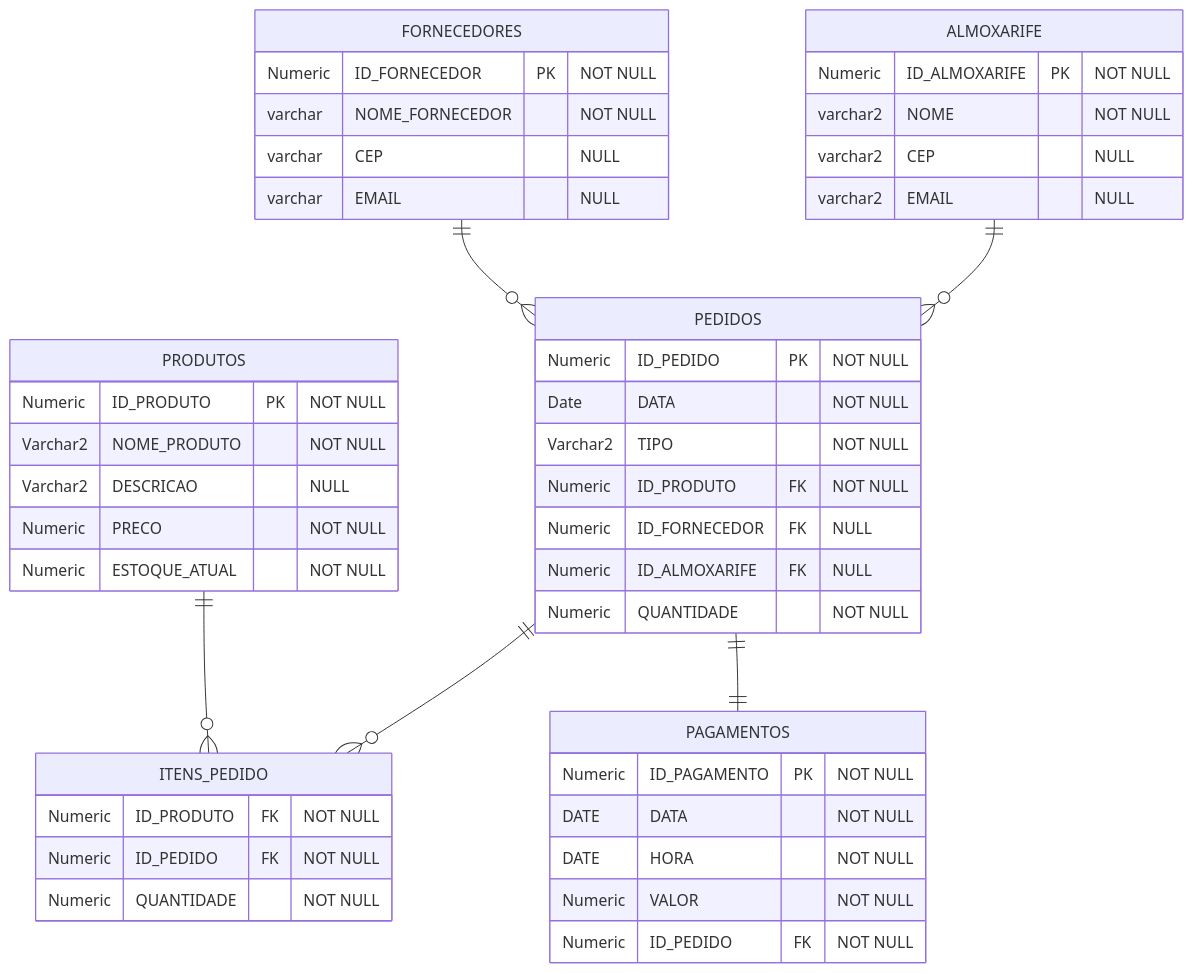
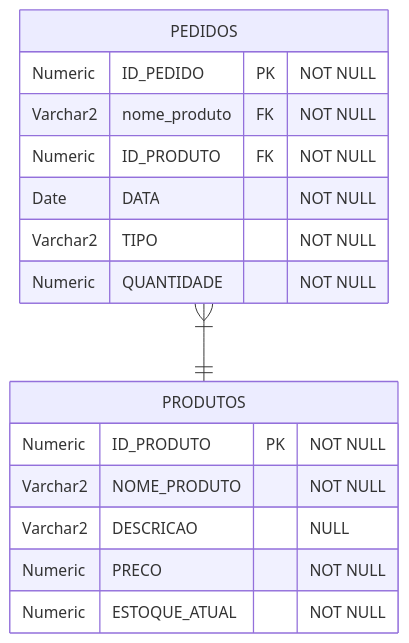
Before and after one commit to LucasBinda/BD-Controle-de-Estoque: the diagram in Diagrams/erDiagram.mmd, drawn with Mermaid. The commit also changed 33 other files, not shown here.

```diff
--- a/Diagrams/erDiagram.mmd
+++ b/Diagrams/erDiagram.mmd
@@ -1,55 +1,23 @@
 erDiagram
 
 
 PRODUTOS {
 Numeric ID_PRODUTO PK "NOT NULL"
 Varchar2 NOME_PRODUTO "NOT NULL"
 Varchar2 DESCRICAO "NULL"
 Numeric PRECO "NOT NULL"
 Numeric ESTOQUE_ATUAL "NOT NULL"
 }
 
-FORNECEDORES {
-Numeric ID_FORNECEDOR PK "NOT NULL"
-varchar NOME_FORNECEDOR "NOT NULL"
-varchar CEP "NULL"
-varchar EMAIL "NULL"
-}
-
-ALMOXARIFE {
-Numeric ID_ALMOXARIFE PK "NOT NULL"
-varchar2 NOME "NOT NULL"
-varchar2 CEP "NULL"
-varchar2 EMAIL "NULL"
-}
-
 %% TIPO == ENTRADA OU SAIDA
 PEDIDOS {
 Numeric ID_PEDIDO PK     "NOT NULL"
+Varchar2 nome_produto  FK "NOT NULL"
+Numeric ID_PRODUTO    FK "NOT NULL"
 Date DATA                "NOT NULL"
 Varchar2 TIPO            "NOT NULL"
-Numeric ID_PRODUTO    FK "NOT NULL"
-Numeric ID_FORNECEDOR FK "NULL"
-Numeric ID_ALMOXARIFE FK "NULL"
 Numeric QUANTIDADE       "NOT NULL"
 }
 
-ITENS_PEDIDO {
-Numeric ID_PRODUTO FK "NOT NULL"
-Numeric ID_PEDIDO FK "NOT NULL"
-Numeric QUANTIDADE "NOT NULL"
-}
 
-PAGAMENTOS {
-Numeric ID_PAGAMENTO PK "NOT NULL"
-DATE DATA "NOT NULL"
-DATE HORA "NOT NULL"
-Numeric VALOR "NOT NULL"
-Numeric ID_PEDIDO FK "NOT NULL"
-}
-
-FORNECEDORES ||--o{ PEDIDOS : ""
-ALMOXARIFE ||--o{ PEDIDOS : ""
-PEDIDOS ||--o{ ITENS_PEDIDO : ""
-PRODUTOS ||--o{ ITENS_PEDIDO : ""
-PEDIDOS ||--|| PAGAMENTOS : ""
+PEDIDOS }|--|| PRODUTOS : ""
```
